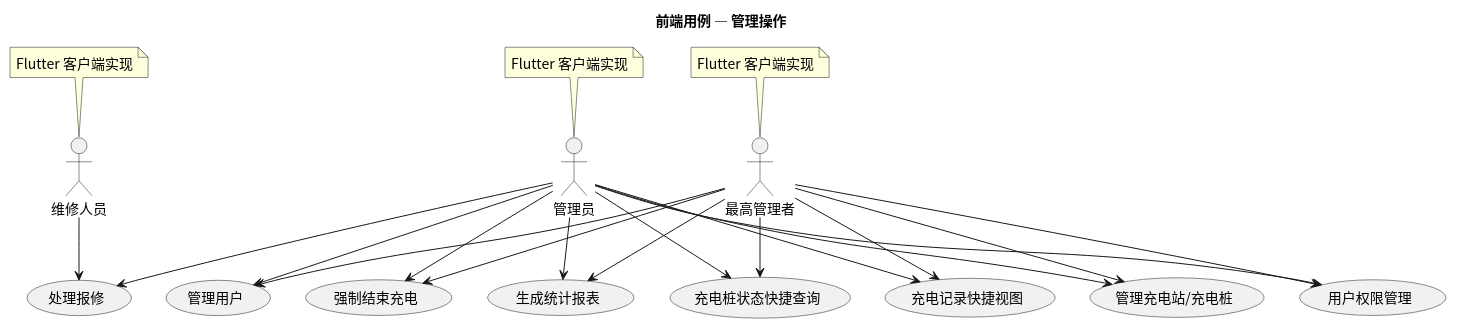
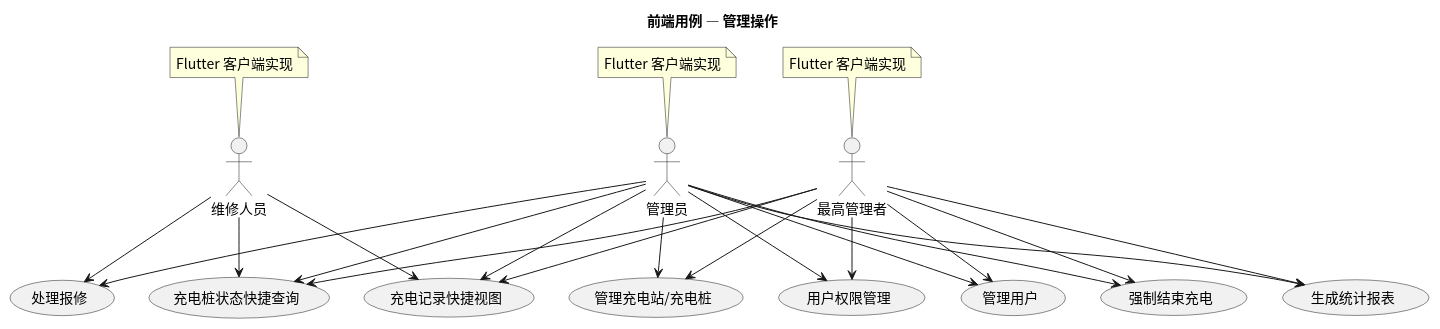
One commit to greenhandzdl/charging-station-doc changed the diagram in usecase/docs/frontend/src/frontend_admin_usecases.puml. Above: the diagram before and after it, drawn with PlantUML. The commit also changed 30 other files, not shown here.

First line of the commit message:
fix: 架构评估修复 — 状态图/ER图/用例图修正、安全漏洞修复

```diff
--- a/usecase/docs/frontend/src/frontend_admin_usecases.puml
+++ b/usecase/docs/frontend/src/frontend_admin_usecases.puml
@@ -1,40 +1,42 @@
 @startuml
 skinparam defaultFontName "Noto Sans CJK SC"
 skinparam defaultFontSize 14
 title 前端用例 — 管理操作
 skinparam useCaseShape rectangle
 
 actor "管理员" as A
 actor "维修人员" as M
 actor "最高管理者" as SA
 
 note top of A : Flutter 客户端实现
 note top of M : Flutter 客户端实现
 note top of SA : Flutter 客户端实现
 
 usecase "处理报修" as HR
 usecase "管理充电站/充电桩" as MM
 usecase "用户权限管理" as PM
 usecase "管理用户" as MU
 usecase "强制结束充电" as FSC
 usecase "生成统计报表" as GS
 usecase "充电桩状态快捷查询" as QC
 usecase "充电记录快捷视图" as QV
 
 A --> HR
 A --> MM
 A --> PM
 A --> MU
 A --> FSC
 A --> GS
 A --> QC
 A --> QV
 M --> HR
+M --> QV
+M --> QC
 SA --> MM
 SA --> PM
 SA --> MU
 SA --> FSC
 SA --> GS
 SA --> QC
 SA --> QV
 @enduml
```
